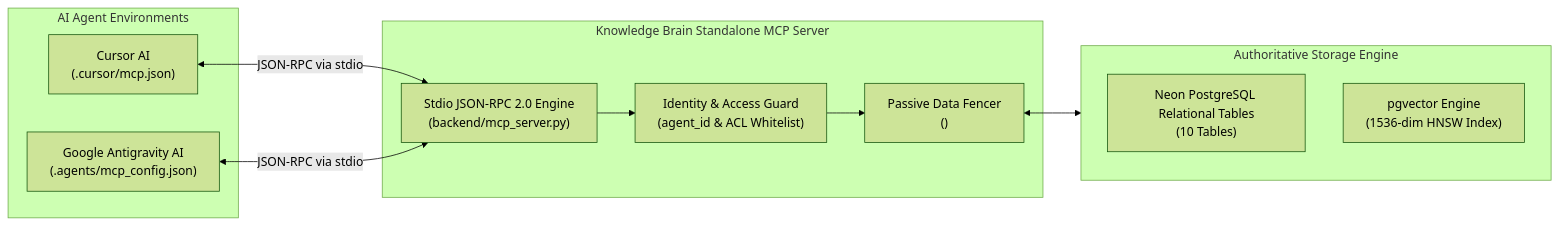
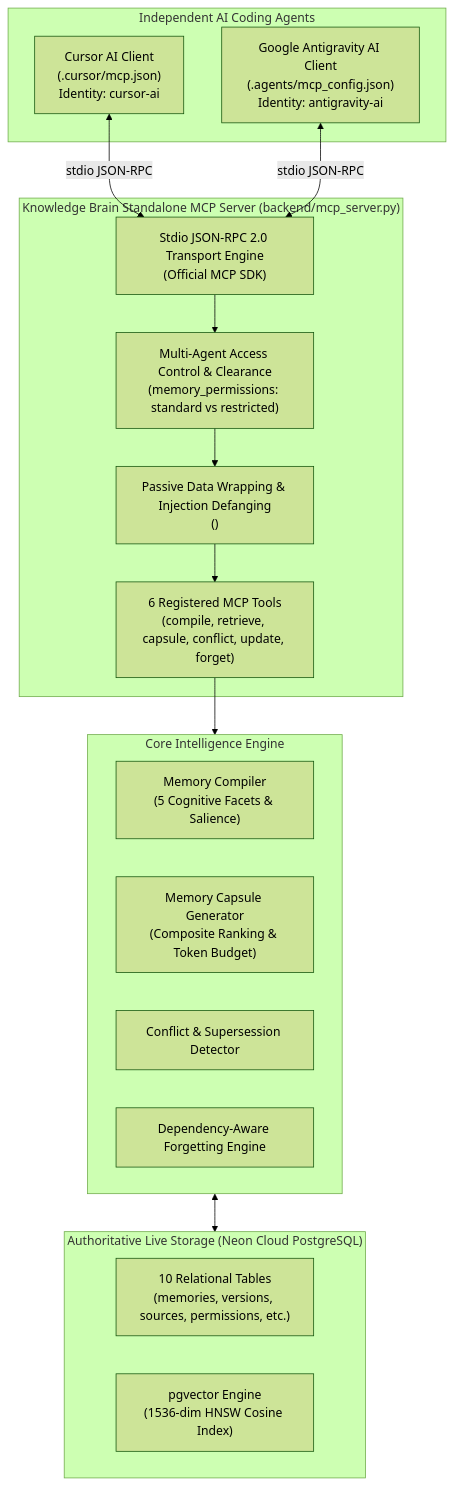
Before and after one commit to Suyash1824/Knowledge-Brain: the first of 3 diagrams in docs/mcp_architecture.md, drawn with Mermaid (forest theme). The commit also changed other lines of this file and 13 other files, not shown here.

Commit message:
feat(mcp): complete Milestone 3.3 dual-agent client integration for Cursor and Google Antigravity

````diff
--- a/docs/mcp_architecture.md
+++ b/docs/mcp_architecture.md
@@ -9,24 +9,34 @@
 ```mermaid
-flowchart LR
-    subgraph ClientEnvironments["AI Agent Environments"]
-        CURSOR["Cursor AI\n(.cursor/mcp.json)"]
-        AGY["Google Antigravity AI\n(.agents/mcp_config.json)"]
+flowchart TD
+    subgraph Clients["Independent AI Coding Agents"]
+        CURSOR["Cursor AI Client\n(.cursor/mcp.json)\nIdentity: cursor-ai"]
+        AGY["Google Antigravity AI Client\n(.agents/mcp_config.json)\nIdentity: antigravity-ai"]
     end
 
-    subgraph MCPServer["Knowledge Brain Standalone MCP Server"]
-        STDIO["Stdio JSON-RPC 2.0 Engine\n(backend/mcp_server.py)"]
-        AUTH_GUARD["Identity & Access Guard\n(agent_id & ACL Whitelist)"]
-        DEFENSE["Passive Data Fencer\n(<memory_data is_instruction='false'>)"]
+    subgraph MCPServer["Knowledge Brain Standalone MCP Server (backend/mcp_server.py)"]
+        STDIO["Stdio JSON-RPC 2.0 Transport Engine\n(Official MCP SDK)"]
+        ACL["Multi-Agent Access Control & Clearance\n(memory_permissions: standard vs restricted)"]
+        FENCE["Passive Data Wrapping & Injection Defanging\n(<memory_data is_instruction='false'>)"]
+        TOOLS["6 Registered MCP Tools\n(compile, retrieve, capsule, conflict, update, forget)"]
     end
 
-    subgraph StorageLayer["Authoritative Storage Engine"]
-        NEON["Neon PostgreSQL Relational Tables\n(10 Tables)"]
-        PGVEC["pgvector Engine\n(1536-dim HNSW Index)"]
+    subgraph CoreEngine["Core Intelligence Engine"]
+        COMPILER["Memory Compiler\n(5 Cognitive Facets & Salience)"]
+        CAPSULE["Memory Capsule Generator\n(Composite Ranking & Token Budget)"]
+        CONFLICT["Conflict & Supersession Detector"]
+        FORGET["Dependency-Aware Forgetting Engine"]
     end
 
-    CURSOR <-->|JSON-RPC via stdio| STDIO
-    AGY <-->|JSON-RPC via stdio| STDIO
-    STDIO --> AUTH_GUARD
-    AUTH_GUARD --> DEFENSE
-    DEFENSE <--> StorageLayer
+    subgraph StorageLayer["Authoritative Live Storage (Neon Cloud PostgreSQL)"]
+        REL["10 Relational Tables\n(memories, versions, sources, permissions, etc.)"]
+        VEC["pgvector Engine\n(1536-dim HNSW Cosine Index)"]
+    end
+
+    CURSOR <-->|stdio JSON-RPC| STDIO
+    AGY <-->|stdio JSON-RPC| STDIO
+    STDIO --> ACL
+    ACL --> FENCE
+    FENCE --> TOOLS
+    TOOLS --> CoreEngine
+    CoreEngine <--> StorageLayer
 ```
````
